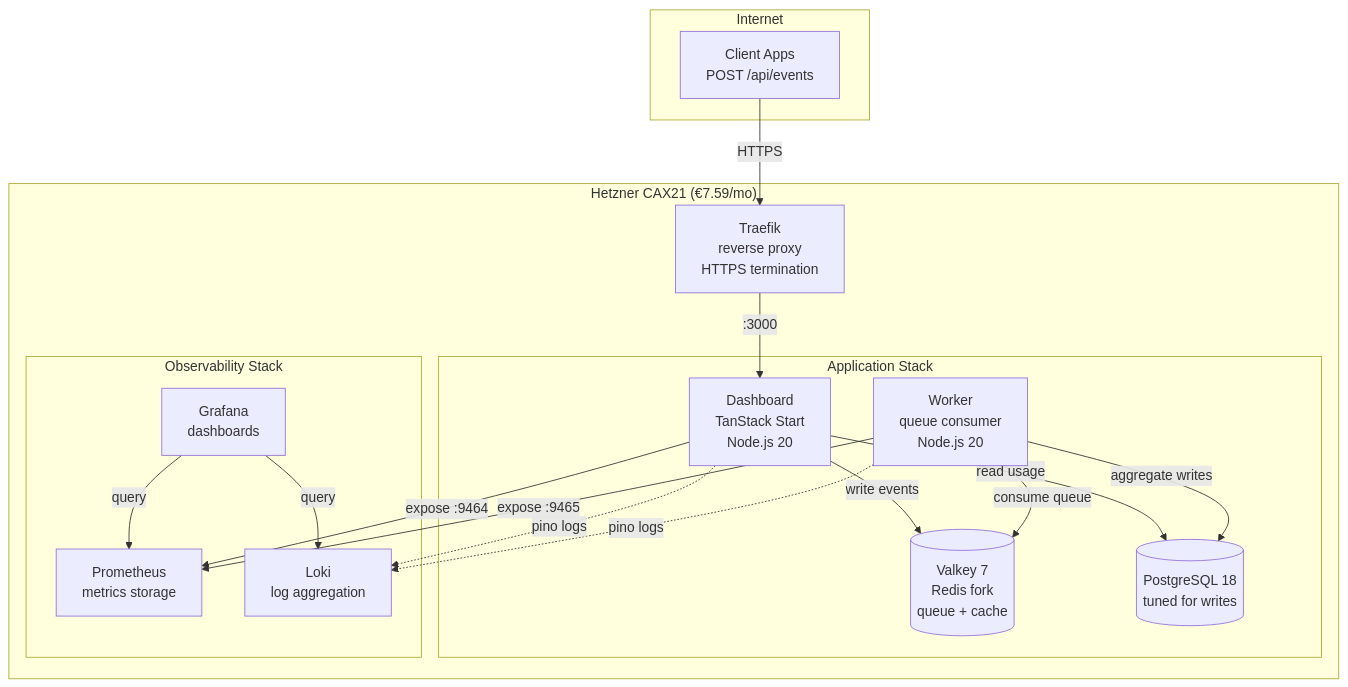
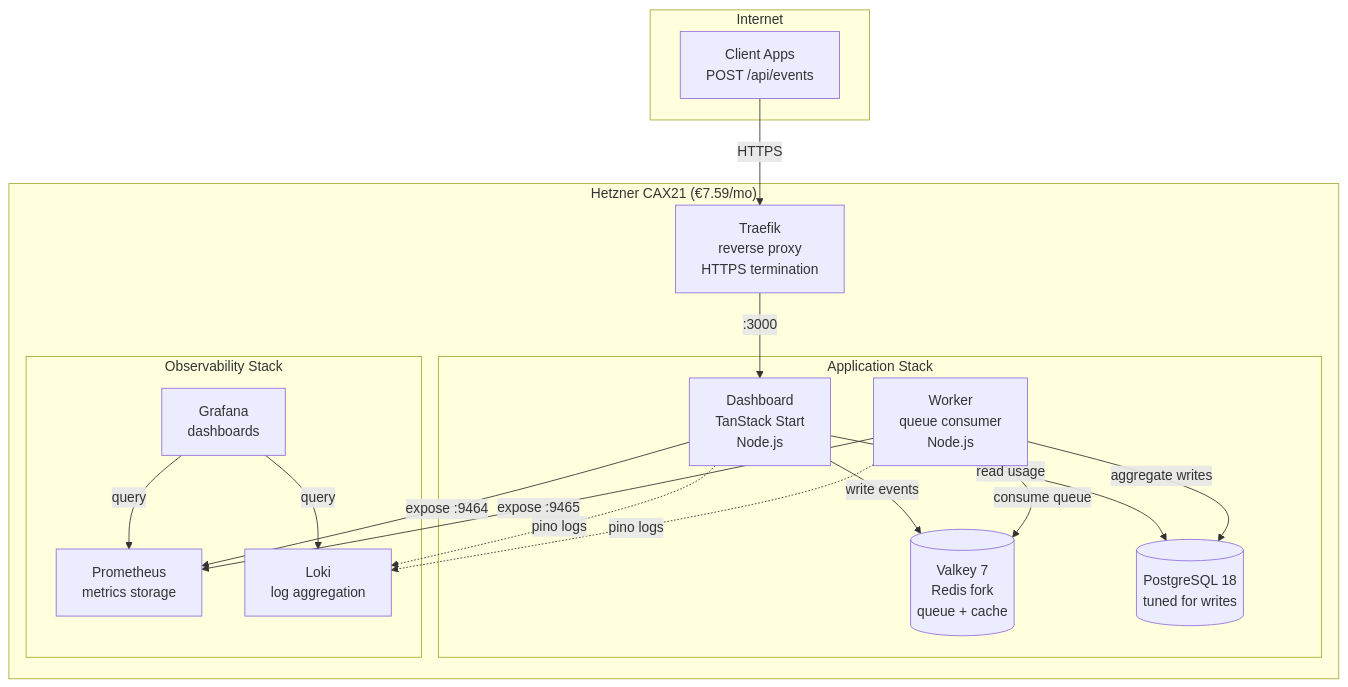
Before and after one commit to eduardosanzb/flagmeter-vps-poc: the diagram in apps/landing/content/blog/docker-swarm-test-11-euro-lesson.en.md, drawn with Mermaid. The commit also changed other lines of this file and 4 other files, not shown here.

````diff
--- a/apps/landing/content/blog/docker-swarm-test-11-euro-lesson.en.md
+++ b/apps/landing/content/blog/docker-swarm-test-11-euro-lesson.en.md
@@ -68,36 +65,36 @@
 ```mermaid
 graph TB
     subgraph Internet
         CLIENT[Client Apps<br/>POST /api/events]
     end
 
     subgraph "Hetzner CAX21 (€7.59/mo)"
         TRAEFIK[Traefik<br/>reverse proxy<br/>HTTPS termination]
 
         subgraph "Application Stack"
-            DASH[Dashboard<br/>TanStack Start<br/>Node.js 20]
-            WORKER[Worker<br/>queue consumer<br/>Node.js 20]
+            DASH[Dashboard<br/>TanStack Start<br/>Node.js ]
+            WORKER[Worker<br/>queue consumer<br/>Node.js ]
             VALKEY[(Valkey 7<br/>Redis fork<br/>queue + cache)]
             PG[(PostgreSQL 18<br/>tuned for writes)]
         end
 
         subgraph "Observability Stack"
             PROM[Prometheus<br/>metrics storage]
             GRAFANA[Grafana<br/>dashboards]
             LOKI[Loki<br/>log aggregation]
         end
     end
 
     CLIENT -->|HTTPS| TRAEFIK
     TRAEFIK -->|:3000| DASH
     DASH -->|write events| VALKEY
     DASH -->|read usage| PG
     WORKER -->|consume queue| VALKEY
     WORKER -->|aggregate writes| PG
     DASH -->|expose :9464| PROM
     WORKER -->|expose :9465| PROM
     GRAFANA -->|query| PROM
     GRAFANA -->|query| LOKI
     DASH -.->|pino logs| LOKI
     WORKER -.->|pino logs| LOKI
 ```
````
